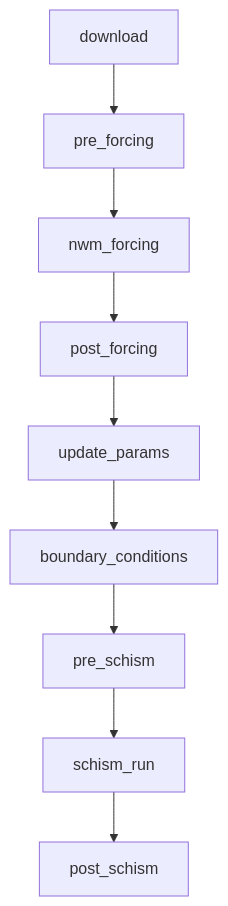
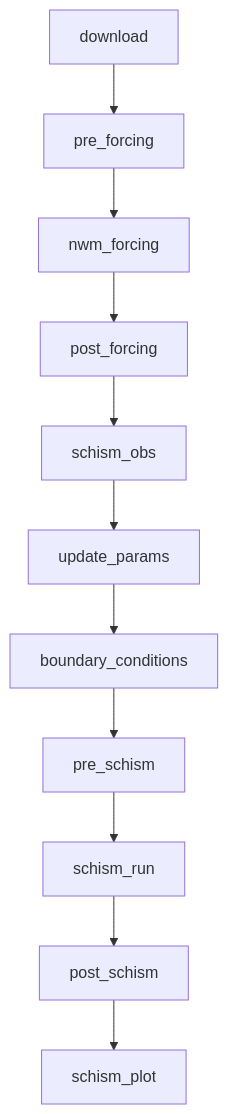
One commit to NGWPC/nwm-coastal changed the first of 2 diagrams in docs/user-guide/workflow-stages.md. Above: the diagram before and after it, drawn with Mermaid. The commit also changed other lines of this file and 4 other files, not shown here.

````diff
--- a/docs/user-guide/workflow-stages.md
+++ b/docs/user-guide/workflow-stages.md
@@ -9,11 +9,13 @@
 ```mermaid
 flowchart TD
     A[download] --> B[pre_forcing]
     B --> C[nwm_forcing]
     C --> D[post_forcing]
-    D --> E[update_params]
-    E --> F[boundary_conditions]
-    F --> G[pre_schism]
-    G --> H[schism_run]
-    H --> I[post_schism]
+    D --> E[schism_obs]
+    E --> F[update_params]
+    F --> G[boundary_conditions]
+    G --> H[pre_schism]
+    H --> I[schism_run]
+    I --> J[post_schism]
+    J --> K[schism_plot]
 ```
````
